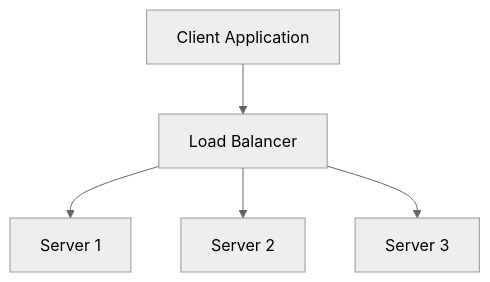
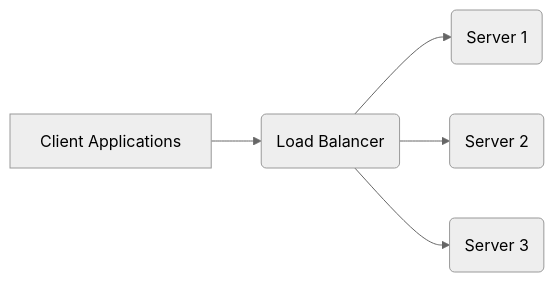
The fourth of 13 diagrams in software_architecture_large_scale_systems.md (ulises-jimenez07/learning_notes), drawn with Mermaid (neutral theme) before and after one commit. The commit also changed other lines of this file, not shown here.

````diff
--- a/software_architecture_large_scale_systems.md
+++ b/software_architecture_large_scale_systems.md
@@ -88,7 +224,7 @@
 ```mermaid
-graph TD
-    Client[Client Application] --> LB[Load Balancer];
-    LB --> Server1[Server 1];
-    LB --> Server2[Server 2];
-    LB --> Server3[Server 3];
+graph LR
+    A[Client Applications] --> LB(Load Balancer);
+    LB --> S1(Server 1);
+    LB --> S2(Server 2);
+    LB --> S3(Server 3);
 ```
````
